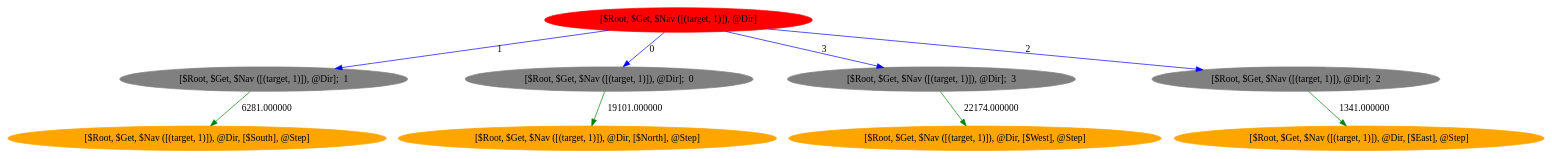
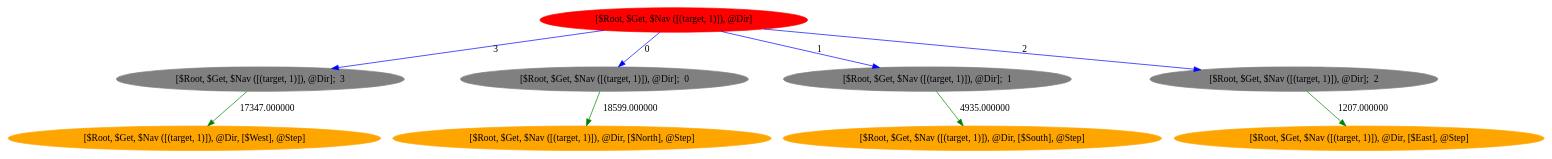
Before and after one commit to aijunbai/taxi: the diagram in data/hierarchicalfsm-int_(1, 3, 0, 0)_transitions.dot, drawn with Graphviz. The commit also changed 38 other files, not shown here.

```diff
--- a/data/hierarchicalfsm-int_(1, 3, 0, 0)_transitions.dot
+++ b/data/hierarchicalfsm-int_(1, 3, 0, 0)_transitions.dot
@@ -1,21 +1,21 @@
 Digraph "" {
 ratio=fill
 node [style=filled];
 	1 [label="[$Root, $Get, $Nav ([(target, 1)]), @Dir]"][color="red"];
-	2 [label="[$Root, $Get, $Nav ([(target, 1)]), @Dir];  1"][color="gray"];
-	3 [label="[$Root, $Get, $Nav ([(target, 1)]), @Dir, [$South], @Step]"][color="orange"];
+	2 [label="[$Root, $Get, $Nav ([(target, 1)]), @Dir];  3"][color="gray"];
+	3 [label="[$Root, $Get, $Nav ([(target, 1)]), @Dir, [$West], @Step]"][color="orange"];
 	4 [label="[$Root, $Get, $Nav ([(target, 1)]), @Dir];  0"][color="gray"];
 	5 [label="[$Root, $Get, $Nav ([(target, 1)]), @Dir, [$North], @Step]"][color="orange"];
-	6 [label="[$Root, $Get, $Nav ([(target, 1)]), @Dir];  3"][color="gray"];
-	7 [label="[$Root, $Get, $Nav ([(target, 1)]), @Dir, [$West], @Step]"][color="orange"];
+	6 [label="[$Root, $Get, $Nav ([(target, 1)]), @Dir];  1"][color="gray"];
+	7 [label="[$Root, $Get, $Nav ([(target, 1)]), @Dir, [$South], @Step]"][color="orange"];
 	8 [label="[$Root, $Get, $Nav ([(target, 1)]), @Dir];  2"][color="gray"];
 	9 [label="[$Root, $Get, $Nav ([(target, 1)]), @Dir, [$East], @Step]"][color="orange"];
 	1 -> 8 [color="blue"][label="2"];
-	1 -> 6 [color="blue"][label="3"];
+	1 -> 6 [color="blue"][label="1"];
 	1 -> 4 [color="blue"][label="0"];
-	1 -> 2 [color="blue"][label="1"];
-	2 -> 3 [color="green"][label="6281.000000"];
-	4 -> 5 [color="green"][label="19101.000000"];
-	6 -> 7 [color="green"][label="22174.000000"];
-	8 -> 9 [color="green"][label="1341.000000"];
+	1 -> 2 [color="blue"][label="3"];
+	2 -> 3 [color="green"][label="17347.000000"];
+	4 -> 5 [color="green"][label="18599.000000"];
+	6 -> 7 [color="green"][label="4935.000000"];
+	8 -> 9 [color="green"][label="1207.000000"];
 }
```
